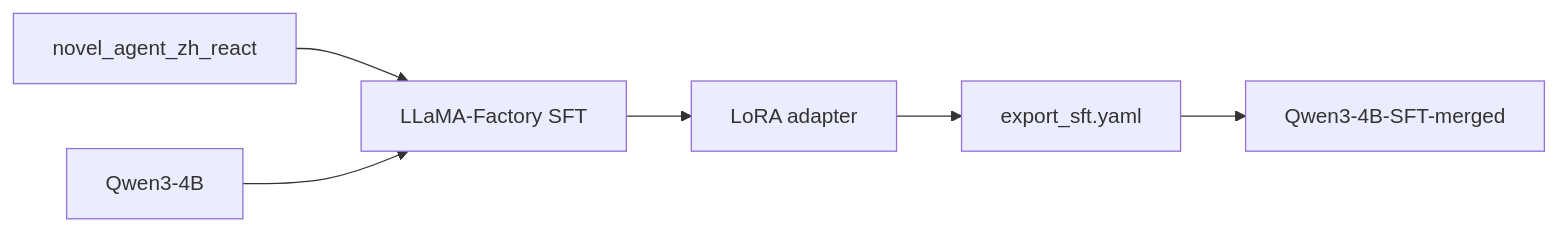
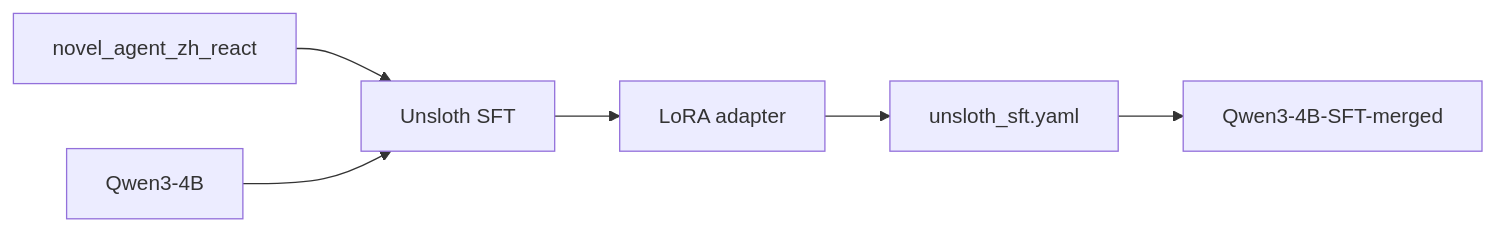
Before and after one commit to Lafinger/AgenticRAG-RL: diagram 14 of 16 in demo/README.md, drawn with Mermaid. The commit also changed other lines of this file and 34 other files, not shown here.

Commit message:
LLaMAFactory 到 Unsloth 迁移

````diff
--- a/demo/README.md
+++ b/demo/README.md
@@ -849,8 +845,8 @@
 ```mermaid
 flowchart LR
-    A["novel_agent_zh_react"] --> B["LLaMA-Factory SFT"]
+    A["novel_agent_zh_react"] --> B["Unsloth SFT"]
     C["Qwen3-4B"] --> B
     B --> D["LoRA adapter"]
-    D --> E["export_sft.yaml"]
+    D --> E["unsloth_sft.yaml"]
     E --> F["Qwen3-4B-SFT-merged"]
 ```
````
